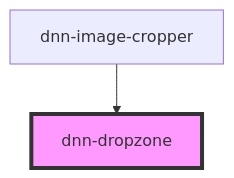
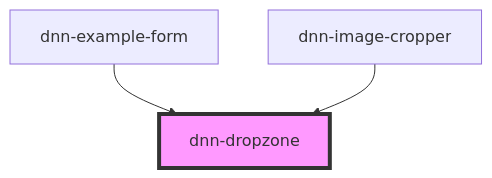
Before and after one commit to DNNCommunity/dnn-elements: the diagram in packages/stencil-library/src/components/dnn-dropzone/readme.md, drawn with Mermaid. The commit also changed other lines of this file and 17 other files, not shown here.

````diff
--- a/packages/stencil-library/src/components/dnn-dropzone/readme.md
+++ b/packages/stencil-library/src/components/dnn-dropzone/readme.md
@@ -42,5 +43,6 @@
 ```mermaid
 graph TD;
+  dnn-example-form --> dnn-dropzone
   dnn-image-cropper --> dnn-dropzone
   style dnn-dropzone fill:#f9f,stroke:#333,stroke-width:4px
 ```
````
